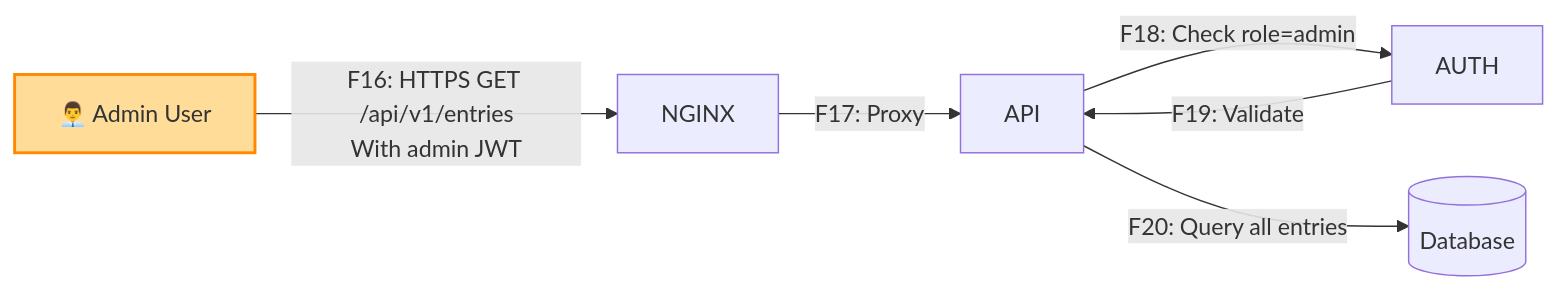
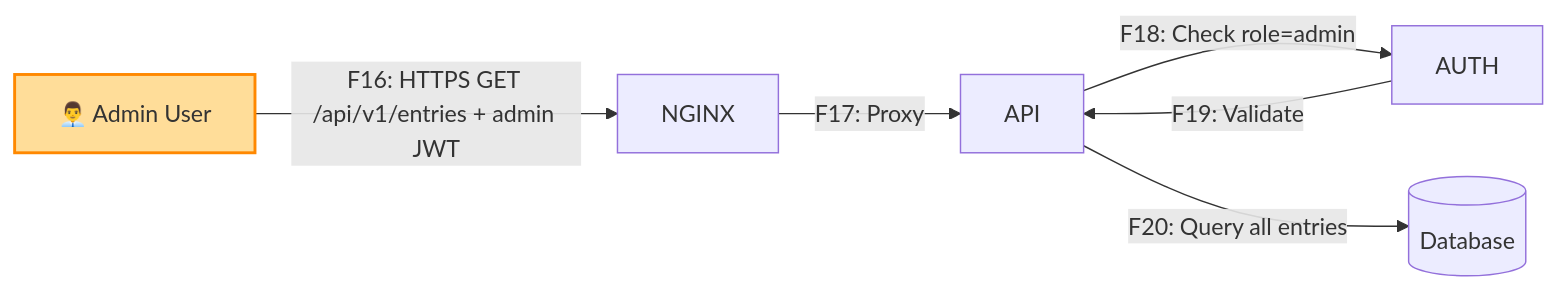
Before and after one commit to NKChyong/rbpoProject: the second of 2 diagrams in docs/threat-model/DFD.md, drawn with Mermaid. The commit also changed other lines of this file, not shown here.

Commit message:
P04 fix(mermaid): remove <br/> tags from DFD diagrams

````diff
--- a/docs/threat-model/DFD.md
+++ b/docs/threat-model/DFD.md
@@ -184,10 +184,10 @@
 ```mermaid
 flowchart LR
-    ADMIN[👨‍💼 Admin User] -->|F16: HTTPS GET /api/v1/entries<br/>With admin JWT| NGINX
+    ADMIN[👨‍💼 Admin User] -->|F16: HTTPS GET /api/v1/entries + admin JWT| NGINX
     NGINX -->|F17: Proxy| API
     API -->|F18: Check role=admin| AUTH
     AUTH -->|F19: Validate| API
     API -->|F20: Query all entries| DB[(Database)]
 
     style ADMIN fill:#ffdd99,stroke:#ff8800,stroke-width:2px
 ```
````
